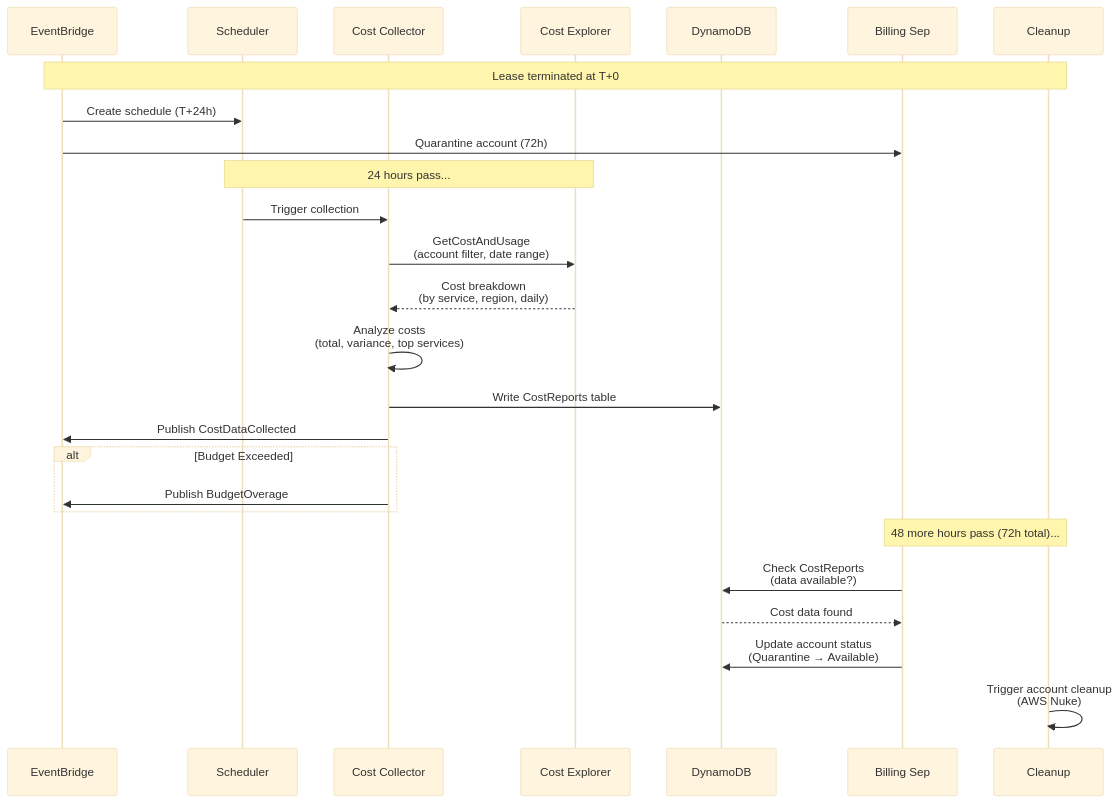
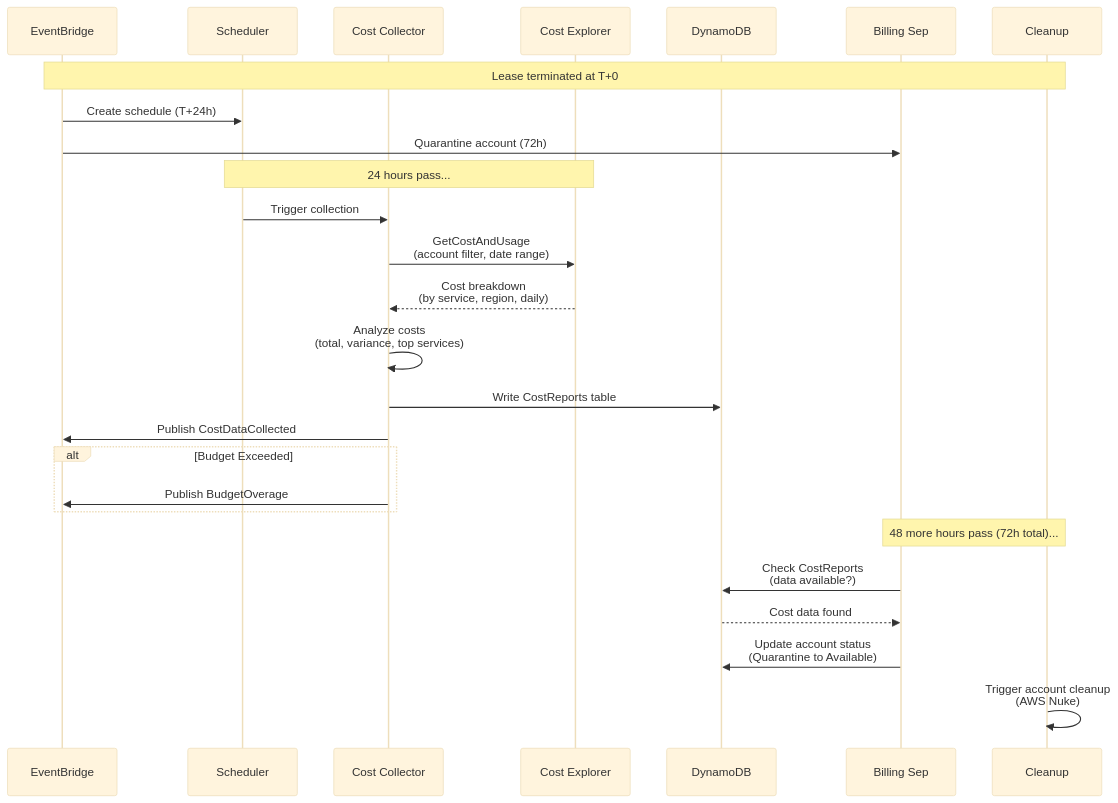
Before and after one commit to co-cddo/ndx-try-arch: the third of 5 diagrams in docs/70-data-flows.md, drawn with Mermaid (base theme). The commit also changed other lines of this file and 41 other files, not shown here.

First line of the commit message:
docs: update NDX architecture documentation (#9)

````diff
--- a/docs/70-data-flows.md
+++ b/docs/70-data-flows.md
@@ -348,40 +314,40 @@
 ```mermaid
 sequenceDiagram
     participant EventBridge
     participant Scheduler
     participant Cost Collector
     participant Cost Explorer
     participant DynamoDB
     participant Billing Sep
     participant Cleanup
 
     Note over EventBridge,Cleanup: Lease terminated at T+0
 
     EventBridge->>Scheduler: Create schedule (T+24h)
     EventBridge->>Billing Sep: Quarantine account (72h)
 
     Note over Scheduler,Cost Explorer: 24 hours pass...
 
     Scheduler->>Cost Collector: Trigger collection
     Cost Collector->>Cost Explorer: GetCostAndUsage<br/>(account filter, date range)
 
     Cost Explorer-->>Cost Collector: Cost breakdown<br/>(by service, region, daily)
 
     Cost Collector->>Cost Collector: Analyze costs<br/>(total, variance, top services)
     Cost Collector->>DynamoDB: Write CostReports table
 
     Cost Collector->>EventBridge: Publish CostDataCollected
 
     alt Budget Exceeded
         Cost Collector->>EventBridge: Publish BudgetOverage
     end
 
     Note over Billing Sep,Cleanup: 48 more hours pass (72h total)...
 
     Billing Sep->>DynamoDB: Check CostReports<br/>(data available?)
     DynamoDB-->>Billing Sep: Cost data found
 
-    Billing Sep->>DynamoDB: Update account status<br/>(Quarantine → Available)
+    Billing Sep->>DynamoDB: Update account status<br/>(Quarantine to Available)
 
     Cleanup->>Cleanup: Trigger account cleanup<br/>(AWS Nuke)
 ```
````
